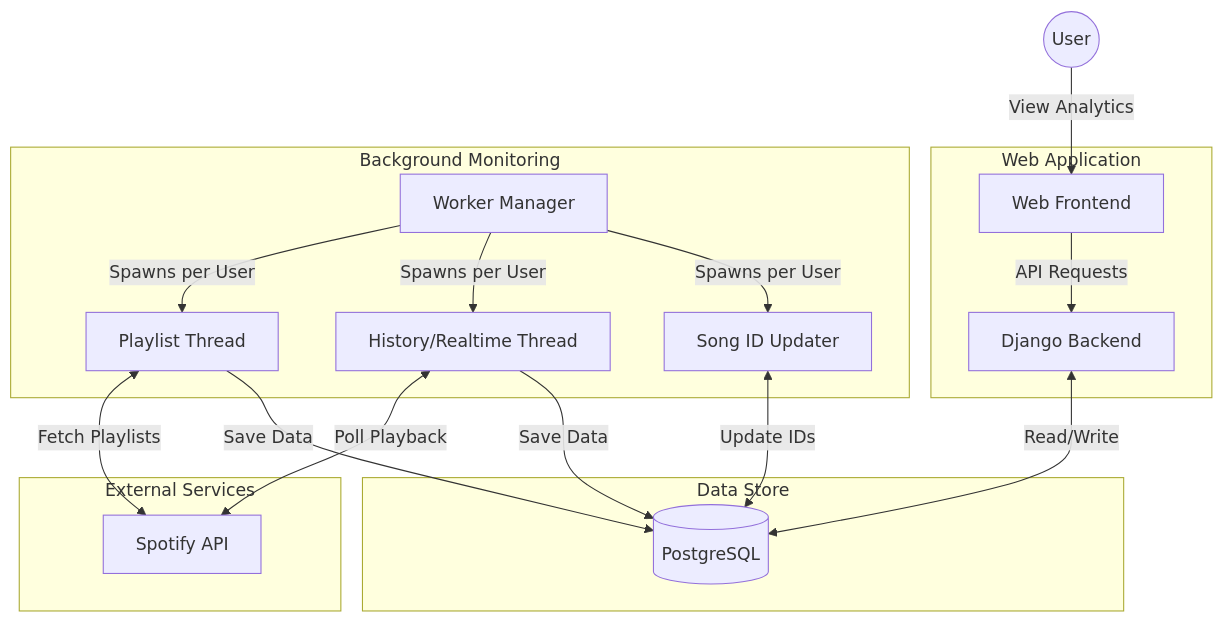
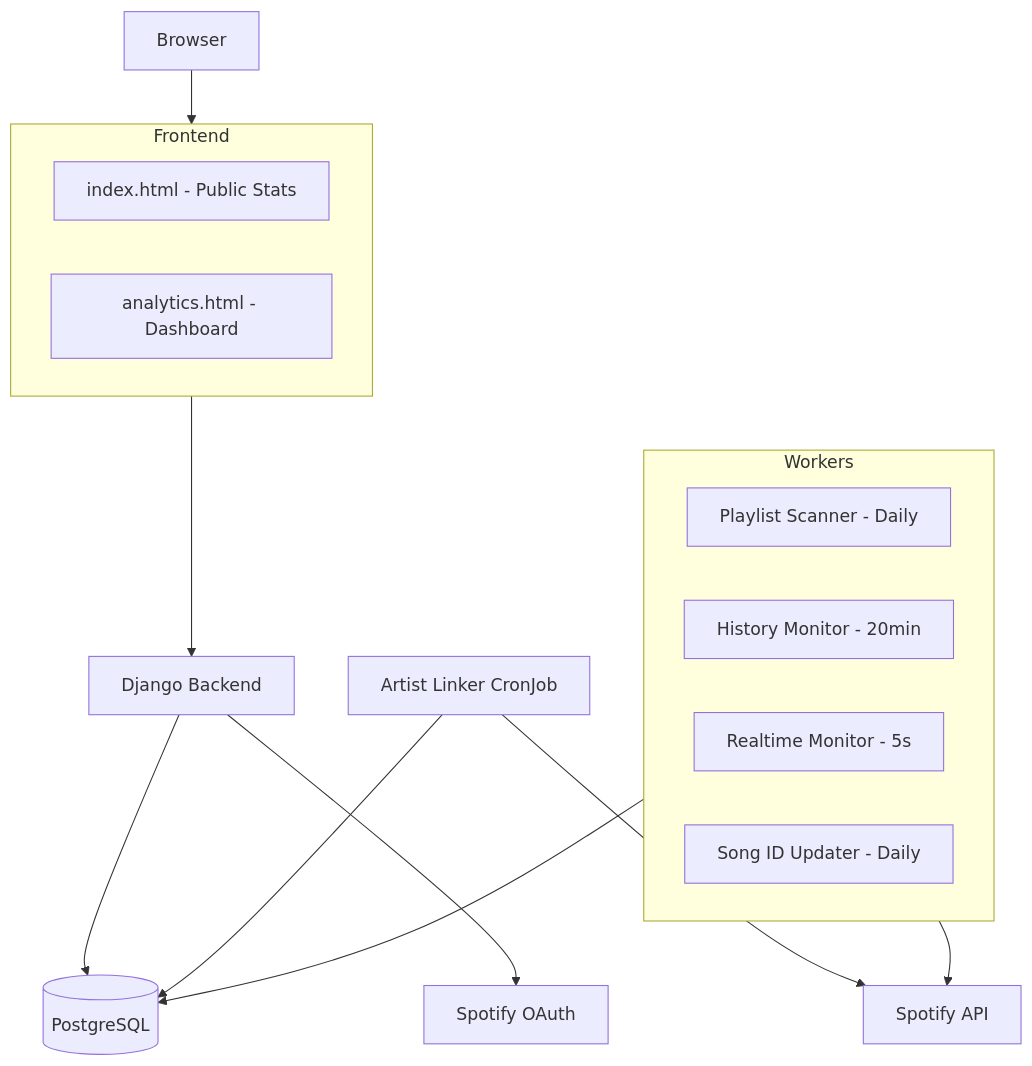
One commit to ArthurVardevanyan/Analytics-for-Spotify changed the first of 2 diagrams in README.md. Above: the diagram before and after it, drawn with Mermaid. The commit also changed other lines of this file and 3 other files, not shown here.

````diff
--- a/README.md
+++ b/README.md
@@ -47,39 +167,27 @@
 ```mermaid
-graph TD
-    User((User))
+graph TB
+    Browser[Browser] --> Frontend
 
-    subgraph "Web Application"
-        Frontend[Web Frontend]
-        Backend[Django Backend]
+    subgraph Frontend
+        Index[index.html - Public Stats]
+        Analytics[analytics.html - Dashboard]
     end
 
-    subgraph "Data Store"
-        DB[(PostgreSQL)]
+    Frontend --> Django[Django Backend]
+
+    Django --> DB[(PostgreSQL)]
+    Django --> SpotifyAuth[Spotify OAuth]
+
+    Workers[Background Workers] --> DB
+    Workers --> SpotifyAPI[Spotify API]
+
+    subgraph Workers
+        Playlist[Playlist Scanner - Daily]
+        History[History Monitor - 20min]
+        Realtime[Realtime Monitor - 5s]
+        Updater[Song ID Updater - Daily]
     end
 
-    subgraph "Background Monitoring"
-        Worker[Worker Manager]
-        P_Thread[Playlist Thread]
-        H_Thread[History/Realtime Thread]
-        S_Thread[Song ID Updater]
-    end
-
-    subgraph "External Services"
-        Spotify[Spotify API]
-    end
-
-    User -->|View Analytics| Frontend
-    Frontend -->|API Requests| Backend
-    Backend <-->|Read/Write| DB
-
-    Worker -->|Spawns per User| P_Thread
-    Worker -->|Spawns per User| H_Thread
-    Worker -->|Spawns per User| S_Thread
-
-    P_Thread <-->|Fetch Playlists| Spotify
-    H_Thread <-->|Poll Playback| Spotify
-
-    P_Thread -->|Save Data| DB
-    H_Thread -->|Save Data| DB
-    S_Thread <-->|Update IDs| DB
+    CronJob[Artist Linker CronJob] --> DB
+    CronJob --> SpotifyAPI
 ```
````
